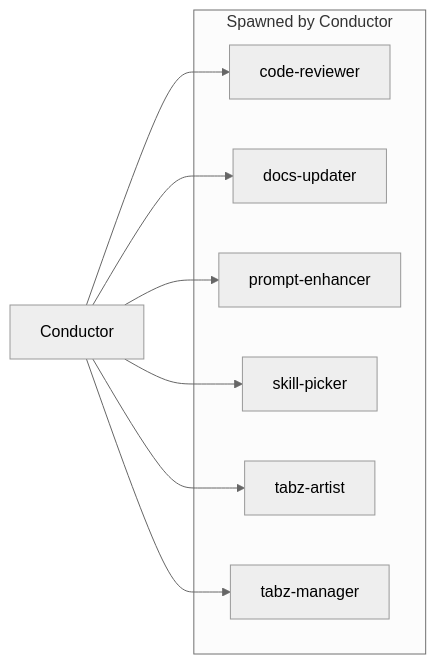
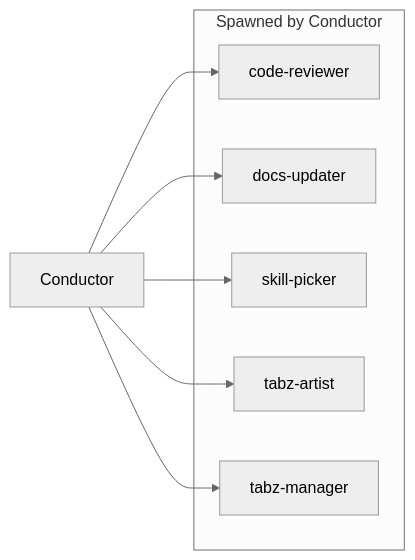
One commit to GGPrompts/TabzBeads changed the sixth of 6 diagrams in plugins/conductor/ARCHITECTURE.md. Above: the diagram before and after it, drawn with Mermaid (neutral theme). The commit also changed other lines of this file and 10 other files, not shown here.

First line of the commit message:
refactor(conductor): convert prompt-enhancer agent to skill

````diff
--- a/plugins/conductor/ARCHITECTURE.md
+++ b/plugins/conductor/ARCHITECTURE.md
@@ -199,20 +199,18 @@
 ```mermaid
 flowchart LR
     subgraph "Spawned by Conductor"
         AG1["code-reviewer"]
         AG2["docs-updater"]
-        AG3["prompt-enhancer"]
-        AG4["skill-picker"]
-        AG5["tabz-artist"]
-        AG6["tabz-manager"]
+        AG3["skill-picker"]
+        AG4["tabz-artist"]
+        AG5["tabz-manager"]
     end
 
-    conductor["Conductor"] --> AG1 & AG2 & AG3 & AG4 & AG5 & AG6
+    conductor["Conductor"] --> AG1 & AG2 & AG3 & AG4 & AG5
 
     click AG1 "agents/code-reviewer.md"
     click AG2 "agents/docs-updater.md"
-    click AG3 "agents/prompt-enhancer.md"
-    click AG4 "agents/skill-picker.md"
-    click AG5 "agents/tabz-artist.md"
-    click AG6 "agents/tabz-manager.md"
+    click AG3 "agents/skill-picker.md"
+    click AG4 "agents/tabz-artist.md"
+    click AG5 "agents/tabz-manager.md"
 ```
````
